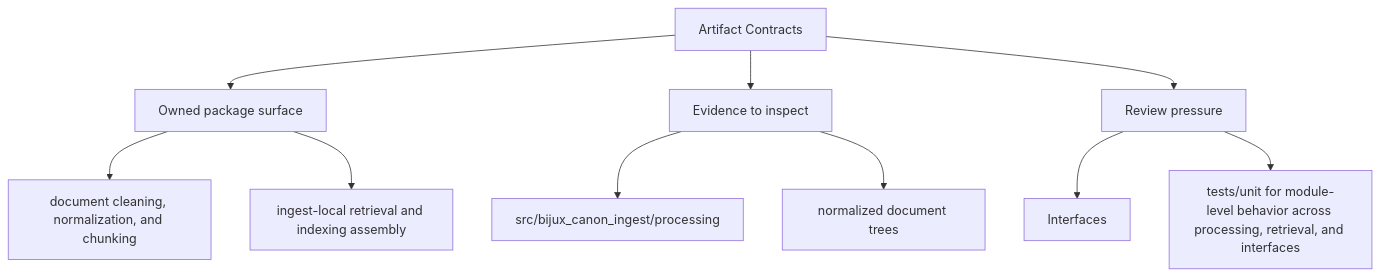
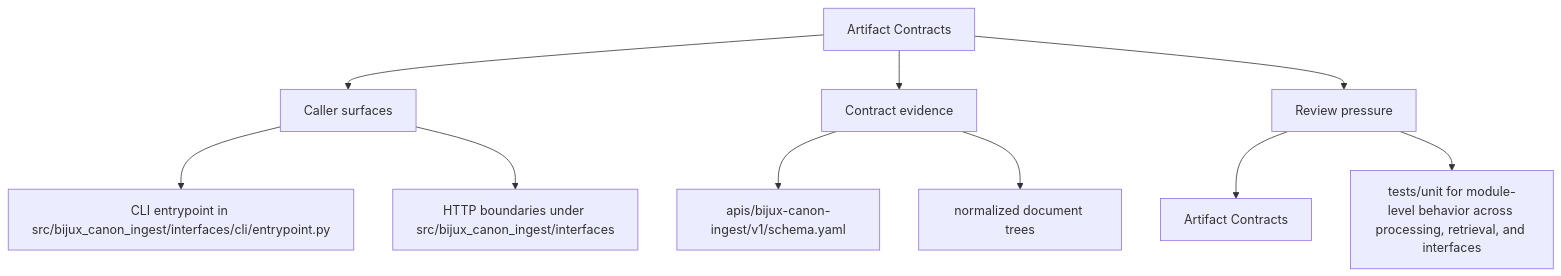
One commit to bijux/bijux-canon changed the second of 2 diagrams in docs/bijux-canon-ingest/interfaces/artifact-contracts.md. Above: the diagram before and after it, drawn with Mermaid. The commit also changed other lines of this file and 250 other files, not shown here.

Commit message:
docs(diagrams): make product page maps more readable

````diff
--- a/docs/bijux-canon-ingest/interfaces/artifact-contracts.md
+++ b/docs/bijux-canon-ingest/interfaces/artifact-contracts.md
@@ -35,22 +35,22 @@
 ```mermaid
 flowchart TD
     page["Artifact Contracts"]
-    focus1["Owned package surface"]
+    focus1["Caller surfaces"]
     page --> focus1
-    focus1_1["document cleaning, normalization, and chunking"]
+    focus1_1["CLI entrypoint in src/bijux_canon_ingest/interfaces/cli/entrypoint.py"]
     focus1 --> focus1_1
-    focus1_2["ingest-local retrieval and indexing assembly"]
+    focus1_2["HTTP boundaries under src/bijux_canon_ingest/interfaces"]
     focus1 --> focus1_2
-    focus2["Evidence to inspect"]
+    focus2["Contract evidence"]
     page --> focus2
-    focus2_1["src/bijux_canon_ingest/processing"]
+    focus2_1["apis/bijux-canon-ingest/v1/schema.yaml"]
     focus2 --> focus2_1
     focus2_2["normalized document trees"]
     focus2 --> focus2_2
     focus3["Review pressure"]
     page --> focus3
-    focus3_1["Interfaces"]
+    focus3_1["Artifact Contracts"]
     focus3 --> focus3_1
     focus3_2["tests/unit for module-level behavior across processing, retrieval, and interfaces"]
     focus3 --> focus3_2
 ```
````
